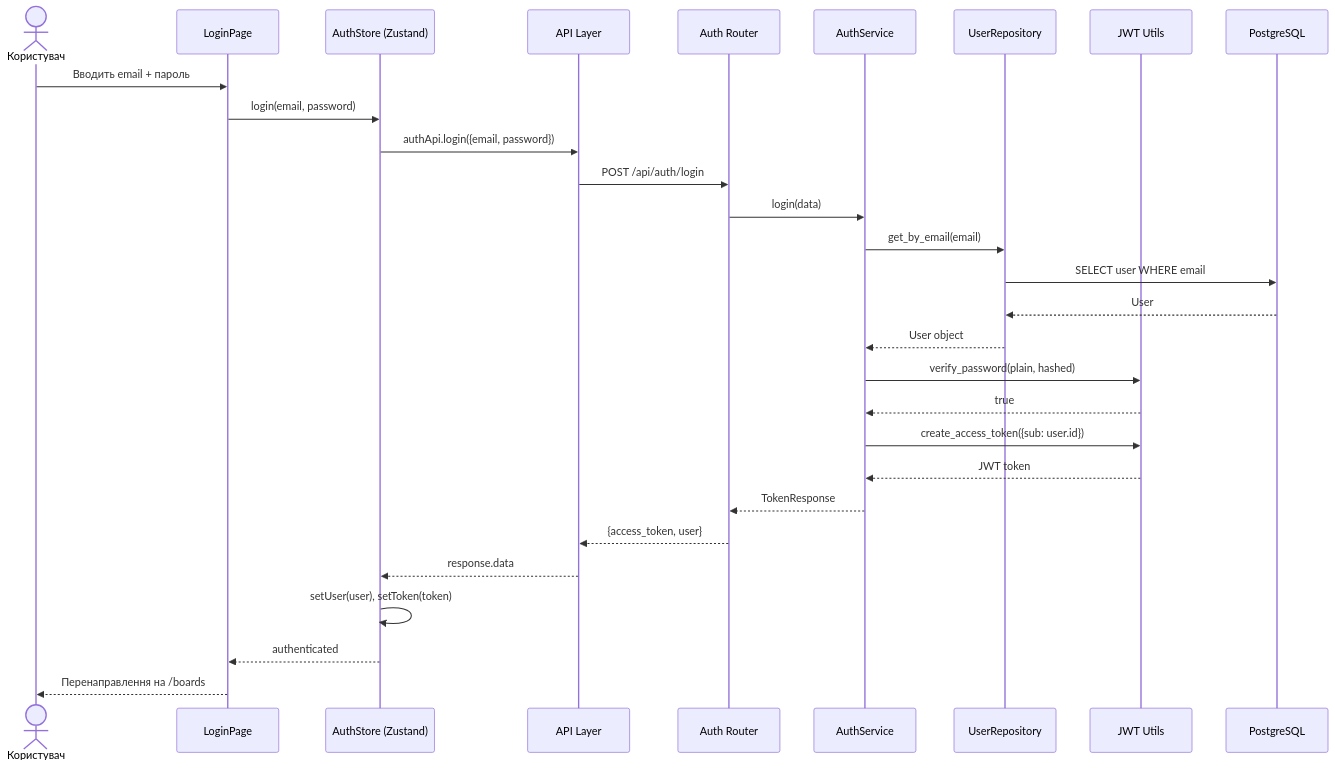
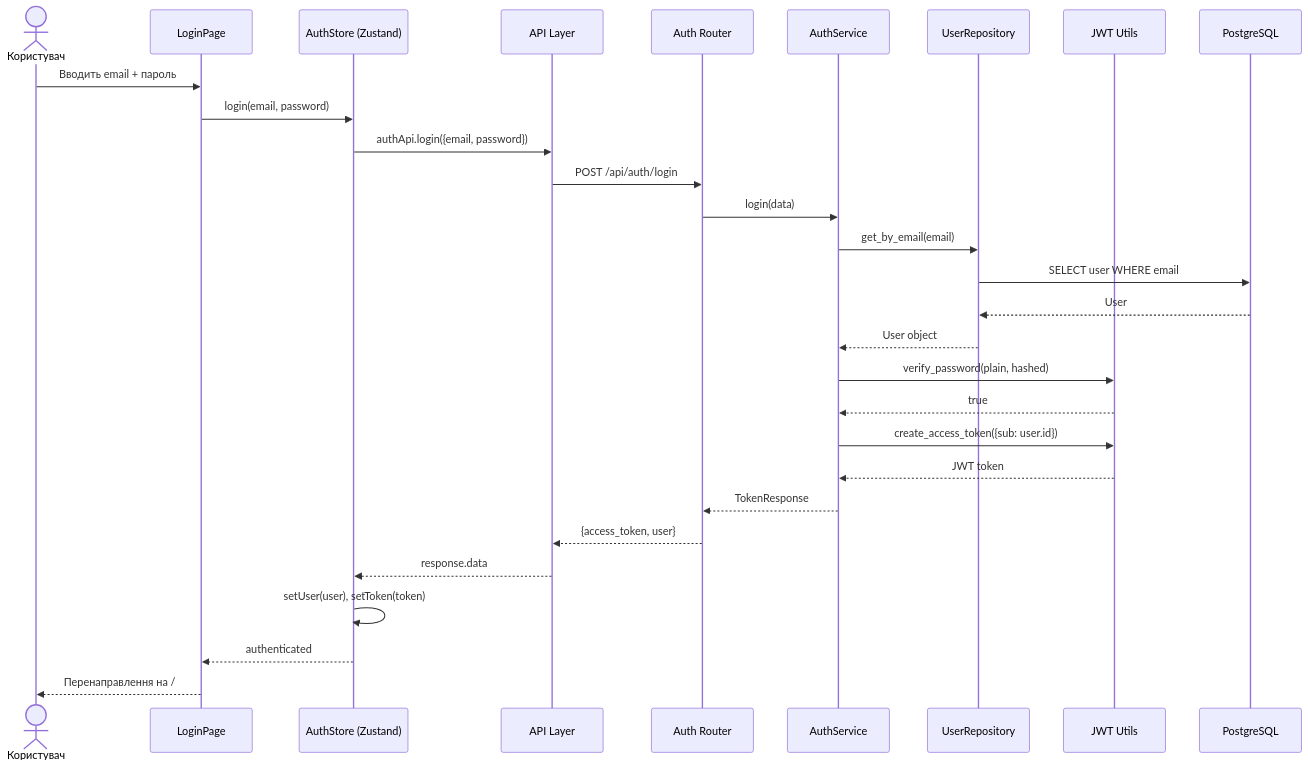
One commit to harlinskyi/base-trello changed the sixth of 8 diagrams in docs/DIAGRAMS.md. Above: the diagram before and after it, drawn with Mermaid. The commit also changed other lines of this file and 32 other files, not shown here.

````diff
--- a/docs/DIAGRAMS.md
+++ b/docs/DIAGRAMS.md
@@ -388,32 +389,32 @@
 ```mermaid
 sequenceDiagram
     actor User as Користувач
     participant UI as LoginPage
     participant Store as AuthStore (Zustand)
     participant API as API Layer
     participant Router as Auth Router
     participant Service as AuthService
     participant Repo as UserRepository
     participant Security as JWT Utils
     participant DB as PostgreSQL
 
     User->>UI: Вводить email + пароль
     UI->>Store: login(email, password)
     Store->>API: authApi.login({email, password})
     API->>Router: POST /api/auth/login
     Router->>Service: login(data)
     Service->>Repo: get_by_email(email)
     Repo->>DB: SELECT user WHERE email
     DB-->>Repo: User
     Repo-->>Service: User object
     Service->>Security: verify_password(plain, hashed)
     Security-->>Service: true
     Service->>Security: create_access_token({sub: user.id})
     Security-->>Service: JWT token
     Service-->>Router: TokenResponse
     Router-->>API: {access_token, user}
     API-->>Store: response.data
     Store->>Store: setUser(user), setToken(token)
     Store-->>UI: authenticated
-    UI-->>User: Перенаправлення на /boards
+    UI-->>User: Перенаправлення на /
 ```
````
